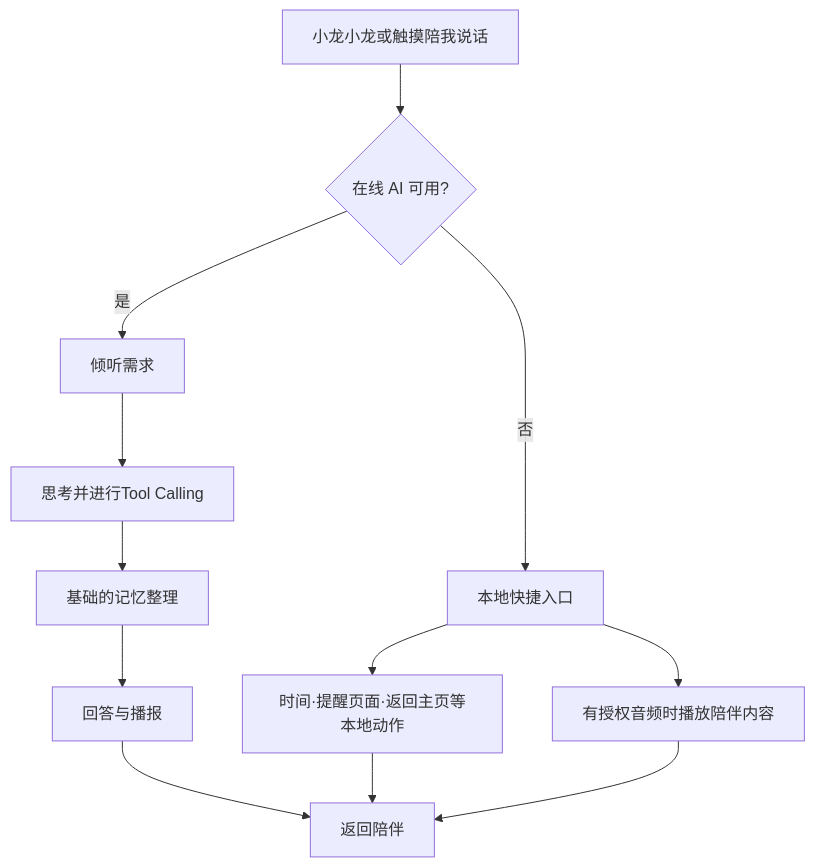
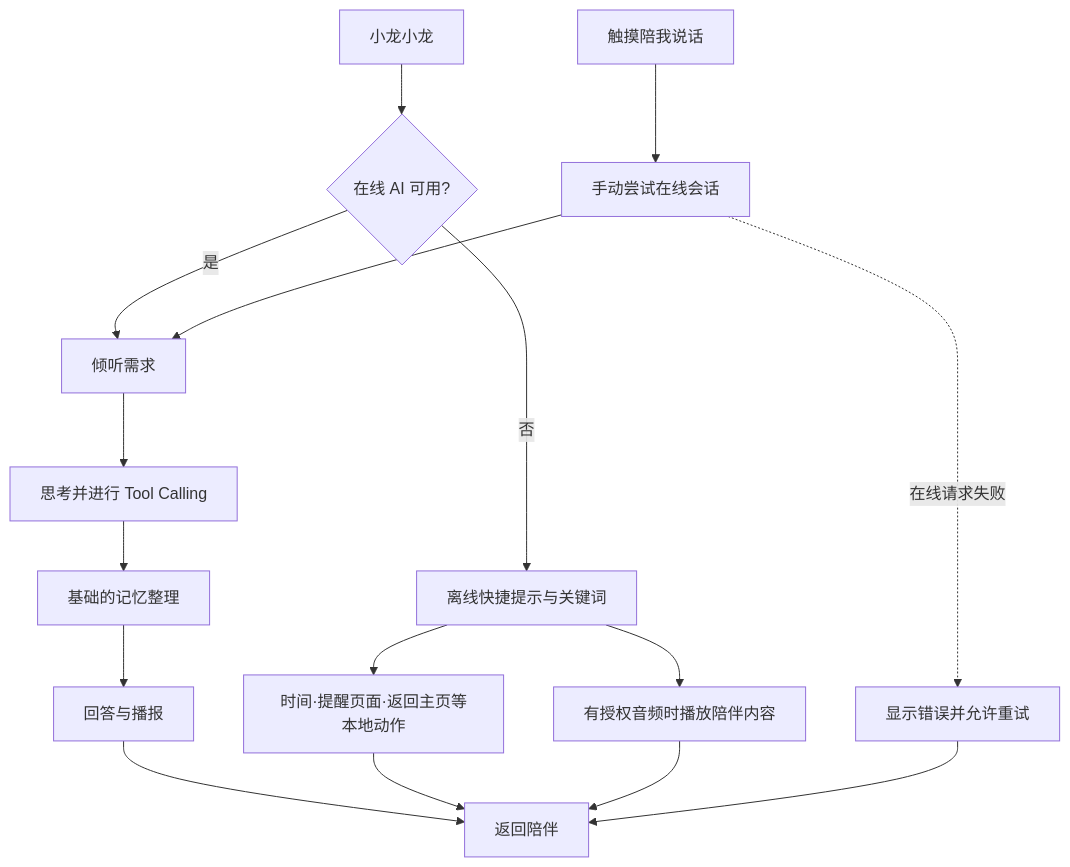
Before and after one commit to Justin-fanfan/Submission_Materials: diagram 13 of 27 in LongPet_产品设计文档.md, drawn with Mermaid. The commit also changed other lines of this file and 1 other file, not shown here.

````diff
--- a/LongPet_产品设计文档.md
+++ b/LongPet_产品设计文档.md
@@ -618,10 +785,13 @@
 ```mermaid
 flowchart TD
-    W[小龙小龙或触摸陪我说话] --> N{在线 AI 可用?}
-    N -- 是 --> L[倾听需求] --> Q[思考并进行Tool Calling] --> P[基础的记忆整理] --> O[回答与播报] --> H[返回陪伴]    
-    N -- 否 --> K[本地快捷入口]
+    W[小龙小龙] --> N{在线 AI 可用?}
+    N -- 是 --> L[倾听需求] --> Q[思考并进行 Tool Calling] --> P[基础的记忆整理] --> O[回答与播报] --> H[返回陪伴]
+    N -- 否 --> K[离线快捷提示与关键词]
     K --> B[时间·提醒页面·返回主页等本地动作]
     K --> C[有授权音频时播放陪伴内容]
     B --> H
     C --> H
+    T[触摸陪我说话] --> M[手动尝试在线会话]
+    M --> L
+    M -. 在线请求失败 .-> E[显示错误并允许重试] --> H
 ```
````
